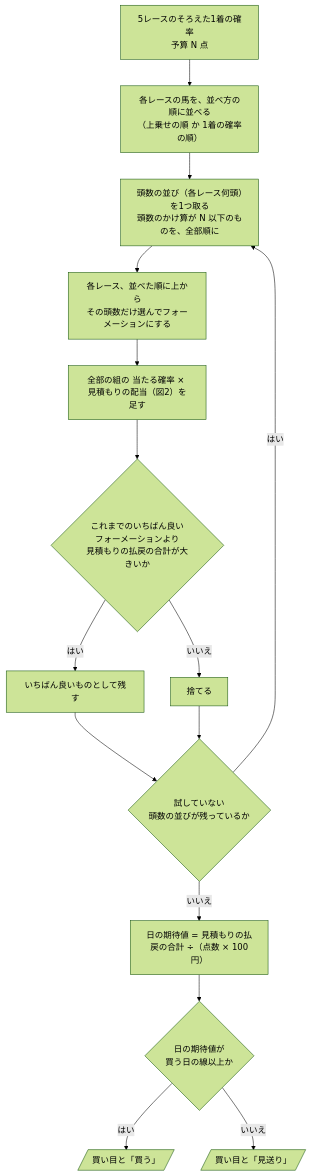
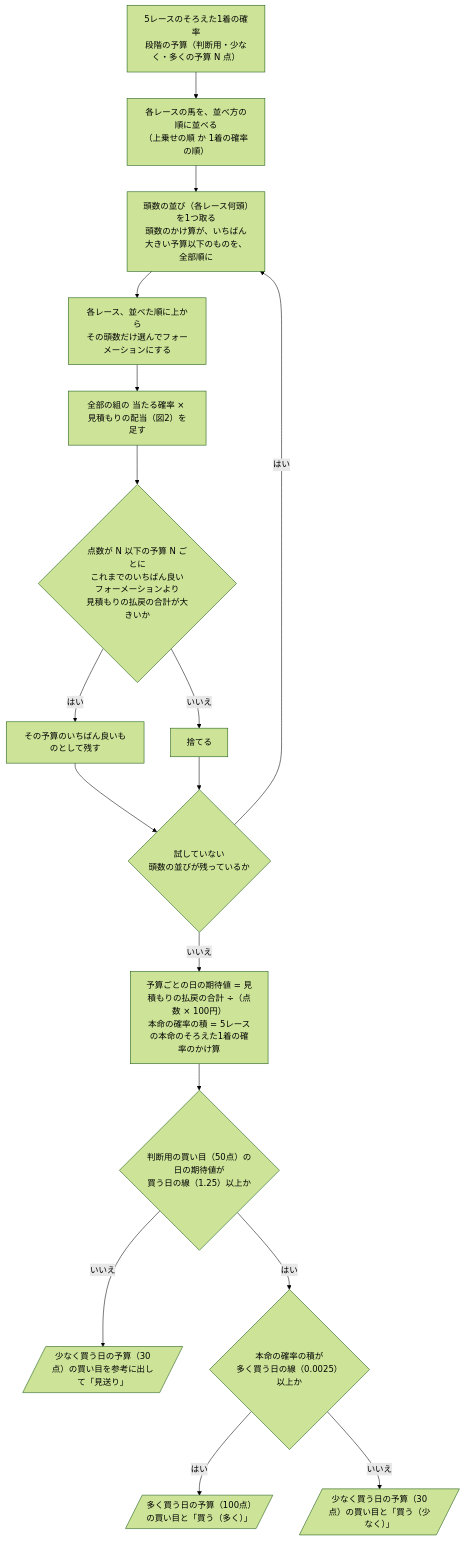
One commit to ht-0328/keiba-yosou changed the third of 3 diagrams in docs/design/近走と適性からWIN5の買い目を決める/06-flowchart.md. Above: the diagram before and after it, drawn with Mermaid (forest theme). The commit also changed other lines of this file and 10 other files, not shown here.

````diff
--- a/docs/design/近走と適性からWIN5の買い目を決める/06-flowchart.md
+++ b/docs/design/近走と適性からWIN5の買い目を決める/06-flowchart.md
@@ -62,17 +62,19 @@
 ```mermaid
 flowchart TD
-    S["5レースのそろえた1着の確率<br>予算 N 点"] --> O["各レースの馬を、並べ方の順に並べる<br>（上乗せの順 か 1着の確率の順）"]
-    O --> L["頭数の並び（各レース何頭）を1つ取る<br>頭数のかけ算が N 以下のものを、全部順に"]
+    S["5レースのそろえた1着の確率<br>段階の予算（判断用・少なく・多くの予算 N 点）"] --> O["各レースの馬を、並べ方の順に並べる<br>（上乗せの順 か 1着の確率の順）"]
+    O --> L["頭数の並び（各レース何頭）を1つ取る<br>頭数のかけ算が、いちばん大きい予算以下のものを、全部順に"]
     L --> F["各レース、並べた順に上から<br>その頭数だけ選んでフォーメーションにする"]
     F --> V["全部の組の 当たる確率 × 見積もりの配当（図2）を足す"]
-    V --> Q1{"これまでのいちばん良い<br>フォーメーションより<br>見積もりの払戻の合計が大きいか"}
-    Q1 -->|はい| K["いちばん良いものとして残す"]
+    V --> Q1{"点数が N 以下の予算 N ごとに<br>これまでのいちばん良い<br>フォーメーションより<br>見積もりの払戻の合計が大きいか"}
+    Q1 -->|はい| K["その予算のいちばん良いものとして残す"]
     Q1 -->|いいえ| N2["捨てる"]
     K --> Q2{"試していない<br>頭数の並びが残っているか"}
     N2 --> Q2
     Q2 -->|はい| L
-    Q2 -->|いいえ| E["日の期待値 = 見積もりの払戻の合計 ÷（点数 × 100円）"]
-    E --> Q3{"日の期待値が<br>買う日の線以上か"}
-    Q3 -->|はい| BUY[/"買い目と「買う」"/]
-    Q3 -->|いいえ| SKIP[/"買い目と「見送り」"/]
+    Q2 -->|いいえ| E["予算ごとの日の期待値 = 見積もりの払戻の合計 ÷（点数 × 100円）<br>本命の確率の積 = 5レースの本命のそろえた1着の確率のかけ算"]
+    E --> Q3{"判断用の買い目（50点）の日の期待値が<br>買う日の線（1.25）以上か"}
+    Q3 -->|いいえ| SKIP[/"少なく買う日の予算（30点）の買い目を参考に出して「見送り」"/]
+    Q3 -->|はい| Q4{"本命の確率の積が<br>多く買う日の線（0.0025）以上か"}
+    Q4 -->|はい| LARGE[/"多く買う日の予算（100点）の買い目と「買う（多く）」"/]
+    Q4 -->|いいえ| SMALL[/"少なく買う日の予算（30点）の買い目と「買う（少なく）」"/]
 ```
````
